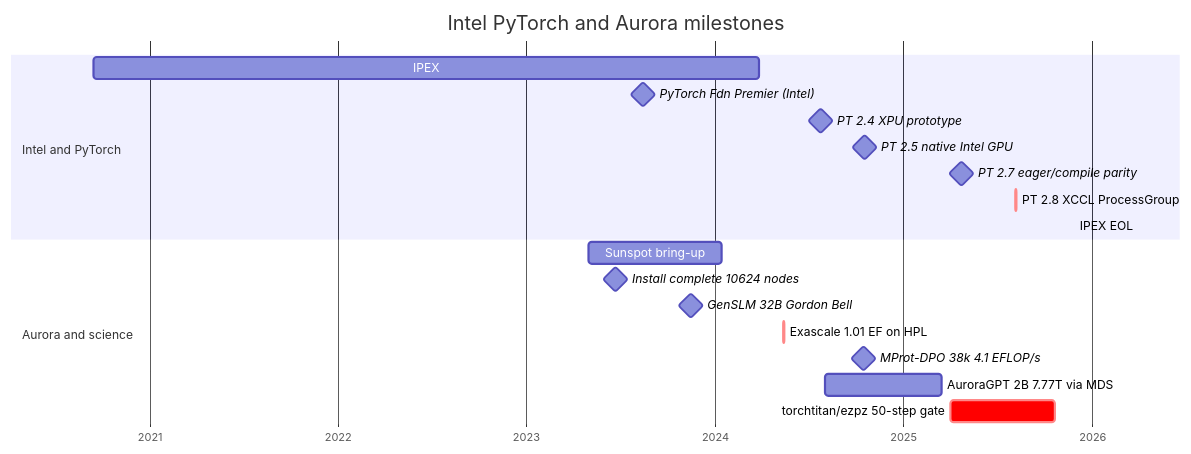
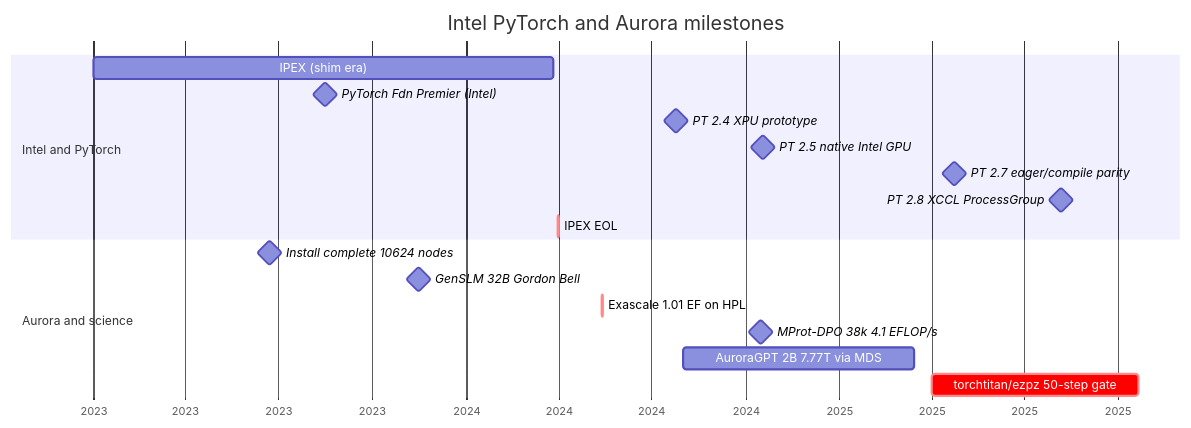
Before and after one commit to saforem2/samf.sh: the first of 3 diagrams in web/src/pages/talks/2026/10/21/index.mdx, drawn with Mermaid. The commit also changed 3 other files, not shown here.

First line of the commit message:
talk(ptc26): fix timelineTicks, QR white, timeline scale

````diff
--- a/web/src/pages/talks/2026/10/21/index.mdx
+++ b/web/src/pages/talks/2026/10/21/index.mdx
@@ -104,25 +104,24 @@
 ```mermaid
-%%{init: {'themeCSS': '.titleText{font-size:1rem!important;font-weight:700}.taskText{font-size:0.85rem!important;font-weight:600}.taskTextOutsideRight,.taskTextOutsideLeft{font-size:0.8rem!important}.sectionTitle{font-size:0.95rem!important;font-weight:700}.tick text{font-size:0.85rem!important}.grid .tick{opacity:0.7}.section0{fill:color-mix(in oklch,var(--pt-indigo) 10%,transparent)!important}.section1{fill:color-mix(in oklch,var(--pt-teal) 10%,transparent)!important}.done,.active{fill:color-mix(in oklch,var(--pt-indigo) 16%,var(--background1))!important;stroke:var(--pt-indigo)!important}.crit{fill:var(--pt-red)!important;stroke:color-mix(in oklch,var(--pt-red) 88%,black)!important}.milestone{fill:color-mix(in oklch,var(--pt-indigo) 85%,white)!important;stroke:var(--pt-indigo)!important}'}}%%
+%%{init: {'themeCSS': '.titleText{font-size:1.1rem!important;font-weight:700}.taskText{font-size:0.95rem!important;font-weight:600}.taskTextOutsideRight,.taskTextOutsideLeft{font-size:0.9rem!important}.sectionTitle{font-size:1rem!important;font-weight:700}.tick text{font-size:1.05rem!important}.grid .tick line{opacity:0.42}.section0{fill:#f0eaf6!important}.section1{fill:#e8f6f8!important}.done,.active{fill:#e2ddf0!important;stroke:#3532a8!important}.crit{fill:#ee3b24!important;stroke:#c02e1c!important}.milestone{fill:#5149b8!important;stroke:#3532a8!important}'}}%%
 gantt
     title Intel PyTorch and Aurora milestones
     dateFormat  YYYY-MM-DD
     axisFormat  %Y
 
     section Intel and PyTorch
-    IPEX                               :i1, 2020-09-15, 2024-03-27
+    IPEX (shim era)                    :i1, 2023-01-01, 2024-03-27
     PyTorch Fdn Premier (Intel)        :milestone, i2, 2023-08-15, 1d
     PT 2.4 XPU prototype               :milestone, i3, 2024-07-24, 1d
     PT 2.5 native Intel GPU            :milestone, i4, 2024-10-17, 1d
     PT 2.7 eager/compile parity        :milestone, i5, 2025-04-23, 1d
-    PT 2.8 XCCL ProcessGroup           :crit, i6, 2025-08-06, 1d
-    IPEX EOL                           :crit, i7, 2026-03-31, 1d
+    PT 2.8 XCCL ProcessGroup           :milestone, i6, 2025-08-06, 1d
+    IPEX EOL                           :crit, i7, 2024-03-31, 1d
 
     section Aurora and science
-    Sunspot bring-up                   :a1d, 2023-05-01, 2024-01-15
     Install complete 10624 nodes       :milestone, a1e, 2023-06-22, 1d
     GenSLM 32B Gordon Bell              :milestone, a3, 2023-11-15, 1d
     Exascale 1.01 EF on HPL            :crit, a4, 2024-05-13, 1d
     MProt-DPO 38k 4.1 EFLOP/s           :milestone, a5, 2024-10-15, 1d
     AuroraGPT 2B 7.77T via MDS          :a7, 2024-08-01, 2025-03-15
     torchtitan/ezpz 50-step gate        :crit, a8, 2025-04-01, 2025-10-21
 ```
````
